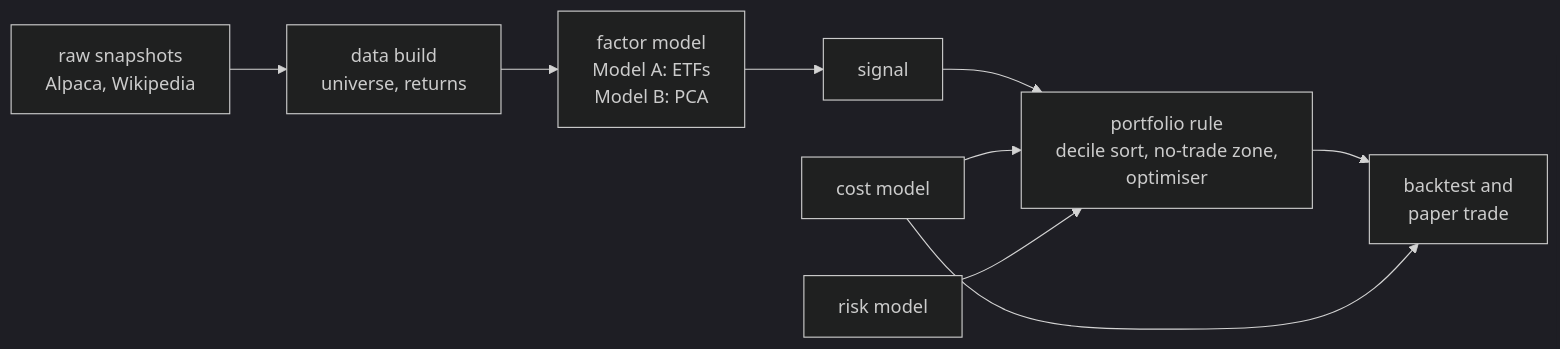
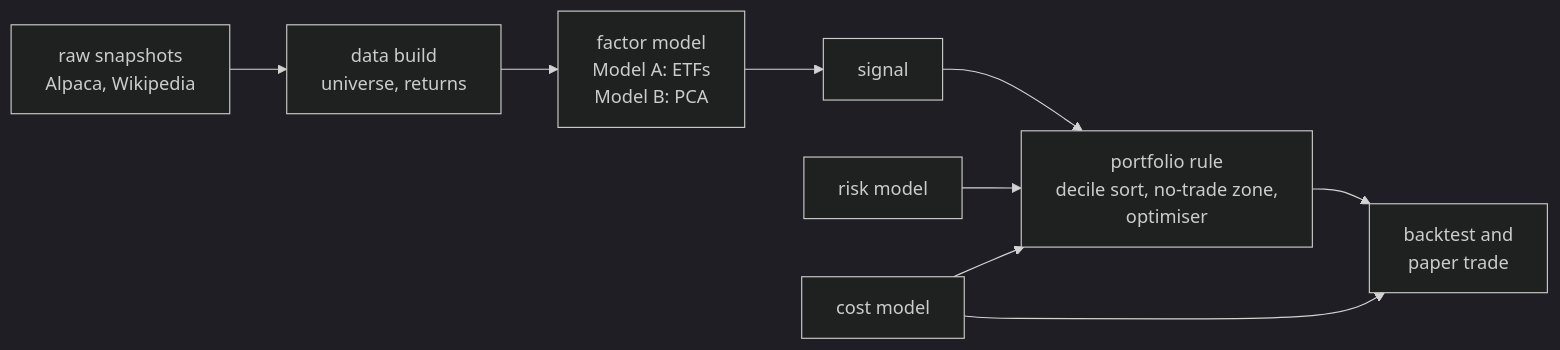
Before and after one commit to tcrossland/stat-arb-from-scratch: the diagram in README.md, drawn with Mermaid (dark theme). The commit also changed other lines of this file, not shown here.

First line of the commit message:
docs: uncross the arrows in the architecture diagram

````diff
--- a/README.md
+++ b/README.md
@@ -11,7 +11,7 @@
 ```mermaid
 flowchart LR
     S["raw snapshots<br/>Alpaca, Wikipedia"] --> D["data build<br/>universe, returns"] --> F["factor model<br/>Model A: ETFs<br/>Model B: PCA"] --> G["signal"] --> P["portfolio rule<br/>decile sort, no-trade zone,<br/>optimiser"] --> B["backtest and<br/>paper trade"]
+    R["risk model"] --> P
     C["cost model"] --> P
     C --> B
-    R["risk model"] --> P
 ```
````
